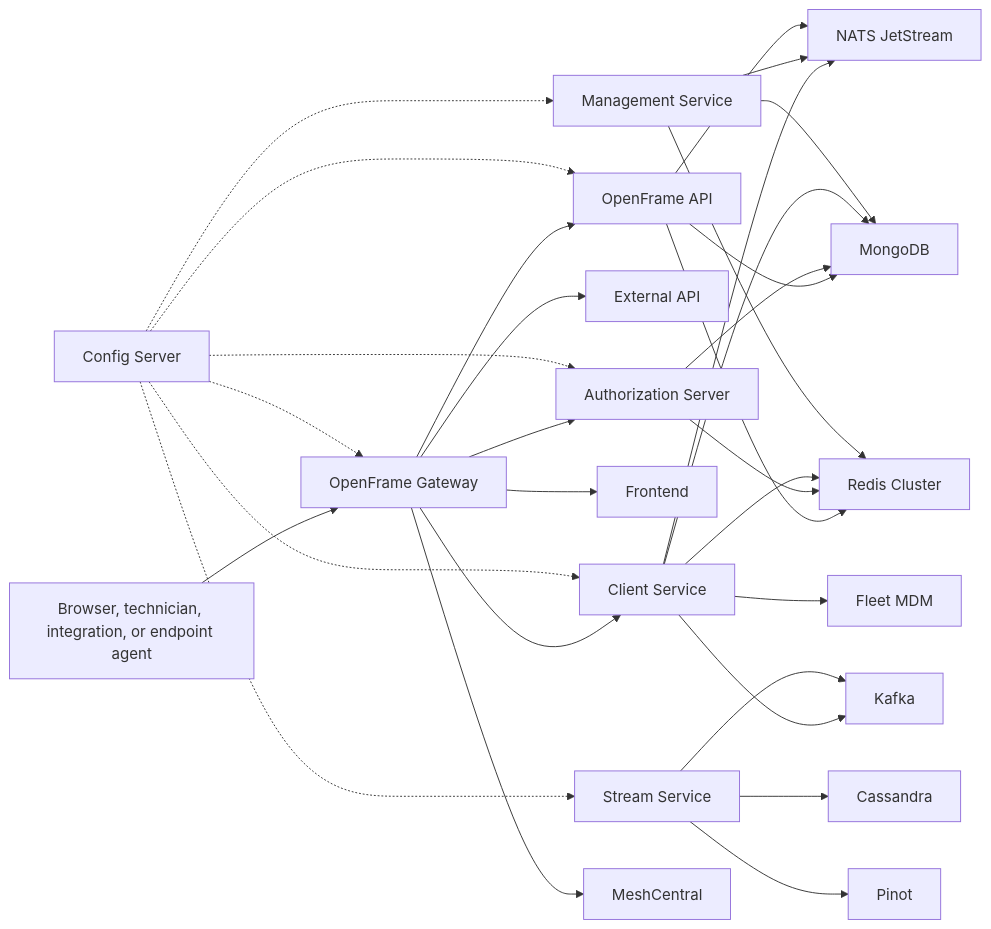
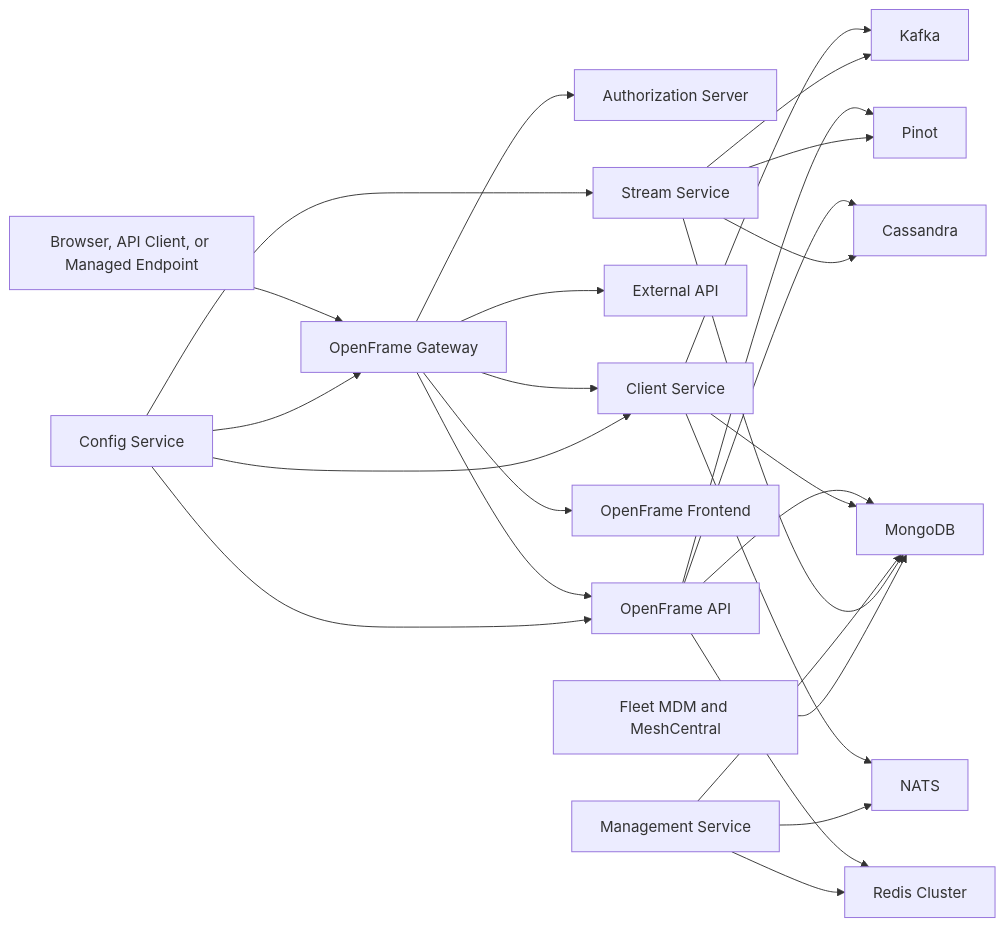
The first of 5 diagrams in docs/development/architecture/README.md (flamingo-stack/openframe-oss-tenant), drawn with Mermaid before and after one commit. The commit also changed other lines of this file and 2377 other files, not shown here.

````diff
--- a/docs/development/architecture/README.md
+++ b/docs/development/architecture/README.md
@@ -12,39 +9,35 @@
 ```mermaid
 flowchart LR
-    User["Browser, technician, integration, or endpoint agent"] --> Gateway["OpenFrame Gateway"]
+    User["Browser, API Client, or Managed Endpoint"] --> Gateway["OpenFrame Gateway"]
 
     Gateway --> Auth["Authorization Server"]
     Gateway --> Api["OpenFrame API"]
     Gateway --> ExternalApi["External API"]
-    Gateway --> Client["Client Service"]
-    Gateway --> Frontend["Frontend"]
-
-    Config["Config Server"] -.-> Api
-    Config -.-> Auth
-    Config -.-> Client
-    Config -.-> Gateway
-    Config -.-> Management
-    Config -.-> Stream
-
-    Client --> Nats["NATS JetStream"]
-    Management --> Nats
-    Api --> Nats
-
-    Client --> Kafka["Kafka"]
-    Stream["Stream Service"] --> Kafka
-    Stream --> Cassandra["Cassandra"]
-    Stream --> Pinot["Pinot"]
+    Gateway --> ClientService["Client Service"]
+    Gateway --> Frontend["OpenFrame Frontend"]
 
     Api --> Mongo["MongoDB"]
-    Auth --> Mongo
-    Client --> Mongo
-    Management["Management Service"] --> Mongo
+    Api --> Redis["Redis Cluster"]
+    Api --> Cassandra["Cassandra"]
+    Api --> Pinot["Pinot"]
 
-    Api --> Redis["Redis Cluster"]
-    Auth --> Redis
-    Client --> Redis
+    ClientService --> Nats["NATS"]
+    ClientService --> Kafka["Kafka"]
+    ClientService --> Mongo
+
+    Management["Management Service"] --> Nats
+    Management --> Mongo
     Management --> Redis
 
-    Client --> Fleet["Fleet MDM"]
-    Gateway --> Mesh["MeshCentral"]
+    Stream["Stream Service"] --> Kafka
+    Stream --> Cassandra
+    Stream --> Pinot
+    Stream --> Mongo
+
+    Config["Config Service"] --> Api
+    Config --> ClientService
+    Config --> Gateway
+    Config --> Stream
+
+    TenantTools["Fleet MDM and MeshCentral"] --> Mongo
 ```
````
